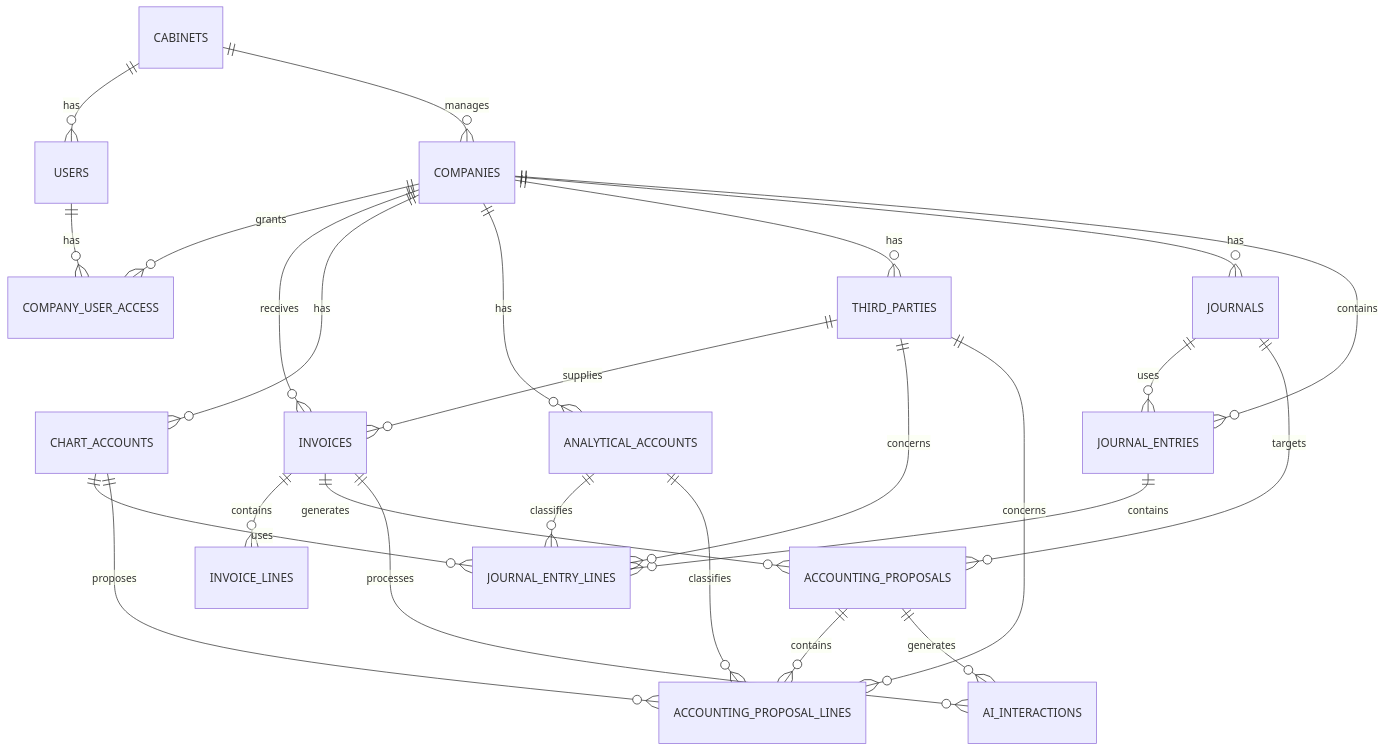
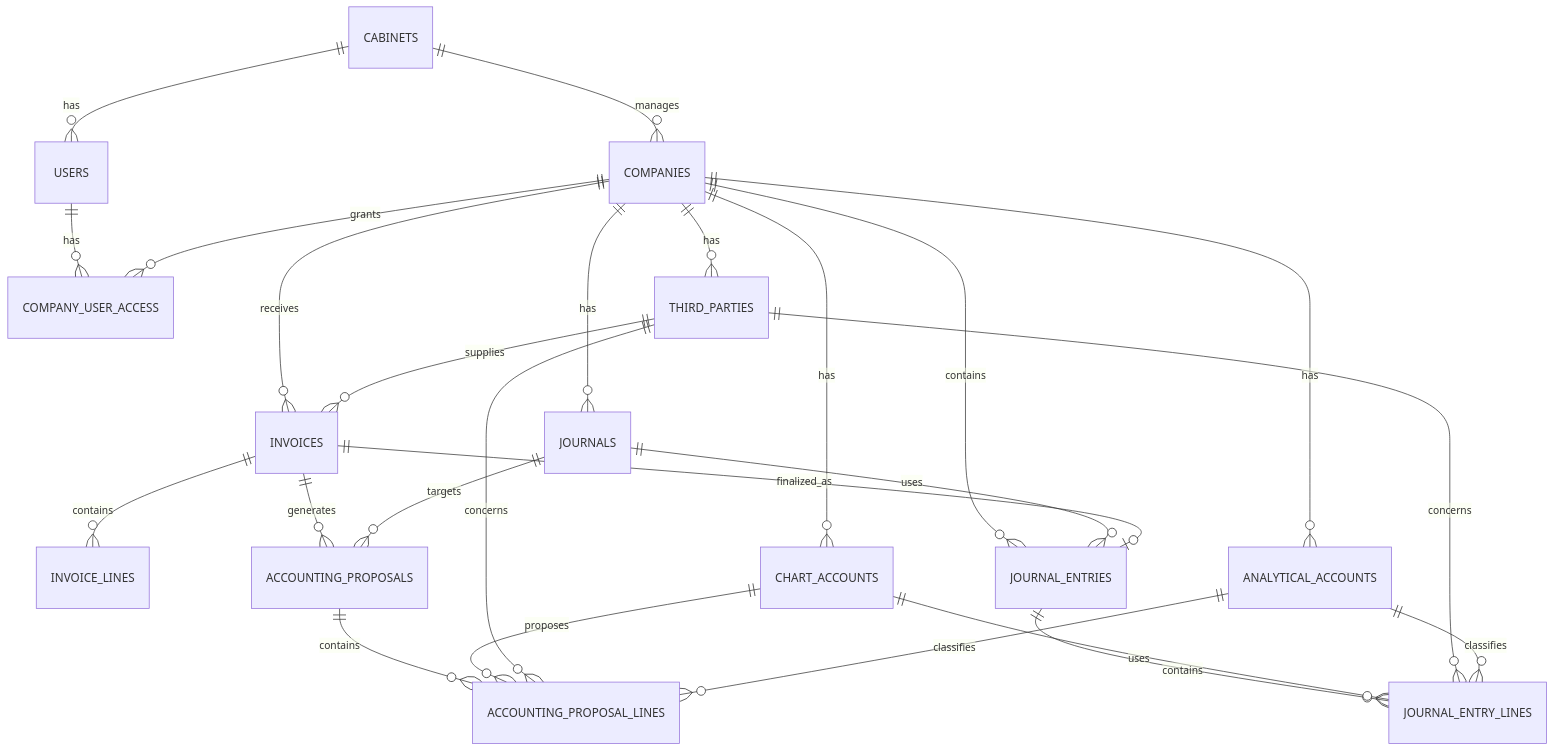
The diagram in docs/requirements.md (azizktata/platforme-ai-saisie-comptable), drawn with Mermaid before and after one commit. The commit also changed other lines of this file and 44 other files, not shown here.

````diff
--- a/docs/requirements.md
+++ b/docs/requirements.md
@@ -86,28 +88,27 @@
 ```mermaid
 erDiagram
     CABINETS ||--o{ USERS : has
     CABINETS ||--o{ COMPANIES : manages
     USERS ||--o{ COMPANY_USER_ACCESS : has
     COMPANIES ||--o{ COMPANY_USER_ACCESS : grants
     COMPANIES ||--o{ INVOICES : receives
     THIRD_PARTIES ||--o{ INVOICES : supplies
     INVOICES ||--o{ INVOICE_LINES : contains
     COMPANIES ||--o{ CHART_ACCOUNTS : has
     COMPANIES ||--o{ ANALYTICAL_ACCOUNTS : has
     COMPANIES ||--o{ THIRD_PARTIES : has
     COMPANIES ||--o{ JOURNALS : has
     COMPANIES ||--o{ JOURNAL_ENTRIES : contains
     JOURNALS ||--o{ JOURNAL_ENTRIES : uses
     JOURNAL_ENTRIES ||--o{ JOURNAL_ENTRY_LINES : contains
     CHART_ACCOUNTS ||--o{ JOURNAL_ENTRY_LINES : uses
     THIRD_PARTIES ||--o{ JOURNAL_ENTRY_LINES : concerns
     ANALYTICAL_ACCOUNTS ||--o{ JOURNAL_ENTRY_LINES : classifies
     INVOICES ||--o{ ACCOUNTING_PROPOSALS : generates
     JOURNALS ||--o{ ACCOUNTING_PROPOSALS : targets
     ACCOUNTING_PROPOSALS ||--o{ ACCOUNTING_PROPOSAL_LINES : contains
     CHART_ACCOUNTS ||--o{ ACCOUNTING_PROPOSAL_LINES : proposes
     THIRD_PARTIES ||--o{ ACCOUNTING_PROPOSAL_LINES : concerns
     ANALYTICAL_ACCOUNTS ||--o{ ACCOUNTING_PROPOSAL_LINES : classifies
-    INVOICES ||--o{ AI_INTERACTIONS : processes
-    ACCOUNTING_PROPOSALS ||--o{ AI_INTERACTIONS : generates
+    INVOICES ||--o| JOURNAL_ENTRIES : finalized_as
 ```
````
